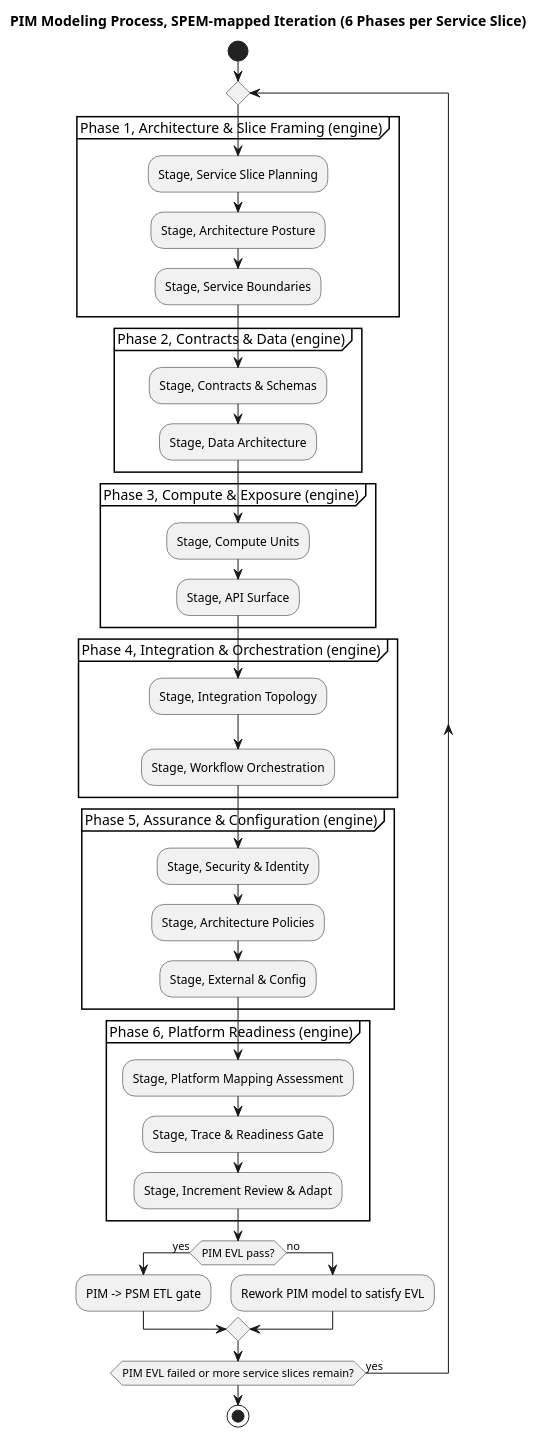
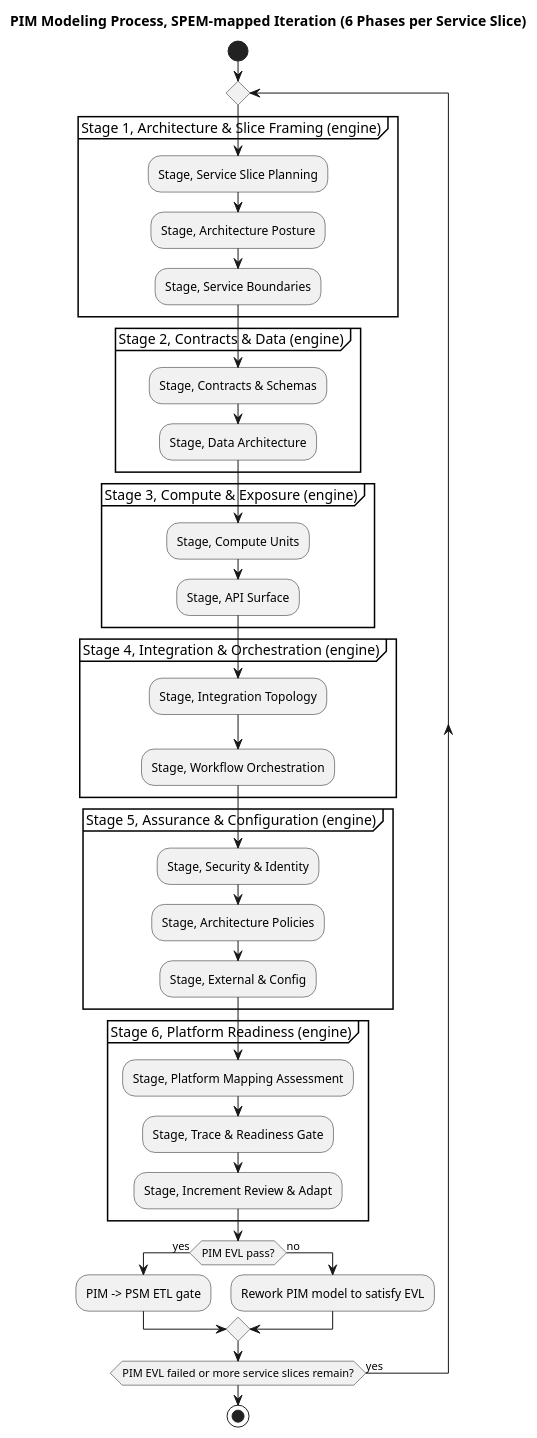
One commit to mehdieidi/modriss changed the diagram in mde/process/spem/pim-process.activity.puml. Above: the diagram before and after it, drawn with PlantUML. The commit also changed 64 other files, not shown here.

```diff
--- a/mde/process/spem/pim-process.activity.puml
+++ b/mde/process/spem/pim-process.activity.puml
@@ -1,39 +1,39 @@
 @startuml pim-process
 title PIM Modeling Process, SPEM-mapped Iteration (6 Phases per Service Slice)
 start
 repeat
-  partition "Phase 1, Architecture & Slice Framing (engine)" {
+  partition "Stage 1, Architecture & Slice Framing (engine)" {
     :Stage, Service Slice Planning;
     :Stage, Architecture Posture;
     :Stage, Service Boundaries;
   }
-  partition "Phase 2, Contracts & Data (engine)" {
+  partition "Stage 2, Contracts & Data (engine)" {
     :Stage, Contracts & Schemas;
     :Stage, Data Architecture;
   }
-  partition "Phase 3, Compute & Exposure (engine)" {
+  partition "Stage 3, Compute & Exposure (engine)" {
     :Stage, Compute Units;
     :Stage, API Surface;
   }
-  partition "Phase 4, Integration & Orchestration (engine)" {
+  partition "Stage 4, Integration & Orchestration (engine)" {
     :Stage, Integration Topology;
     :Stage, Workflow Orchestration;
   }
-  partition "Phase 5, Assurance & Configuration (engine)" {
+  partition "Stage 5, Assurance & Configuration (engine)" {
     :Stage, Security & Identity;
     :Stage, Architecture Policies;
     :Stage, External & Config;
   }
-  partition "Phase 6, Platform Readiness (engine)" {
+  partition "Stage 6, Platform Readiness (engine)" {
     :Stage, Platform Mapping Assessment;
     :Stage, Trace & Readiness Gate;
     :Stage, Increment Review & Adapt;
   }
   if (PIM EVL pass?) then (yes)
     :PIM -> PSM ETL gate;
   else (no)
     :Rework PIM model to satisfy EVL;
   endif
 repeat while (PIM EVL failed or more service slices remain?) is (yes)
 stop
 @enduml
```
